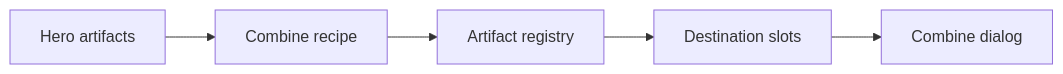
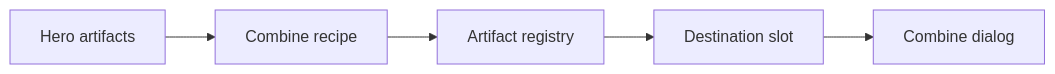
Before and after one commit to SunaNoOshiro/Heroes_Reforged_AI_Realms: the second of 5 diagrams in docs/architecture/wiki/screens/52-artifact-combine-dialog/architecture.md, drawn with Mermaid. The commit also changed other lines of this file and 518 other files, not shown here.

First line of the commit message:
Add doc-audit skill and sweep architecture/screen docs

````diff
--- a/docs/architecture/wiki/screens/52-artifact-combine-dialog/architecture.md
+++ b/docs/architecture/wiki/screens/52-artifact-combine-dialog/architecture.md
@@ -32,8 +41,7 @@
 ```mermaid
 flowchart LR
-  L0["Hero artifacts"] --> L1
-  L1["Combine recipe"] --> L2
-  L2["Artifact registry"] --> L3
-  L3["Destination slots"] --> L4
-  L4["Combine dialog"]
+  L0["Hero artifacts"] --> L1["Combine recipe"]
+  L1 --> L2["Artifact registry"]
+  L2 --> L3["Destination slot"]
+  L3 --> L4["Combine dialog"]
 ```
````
